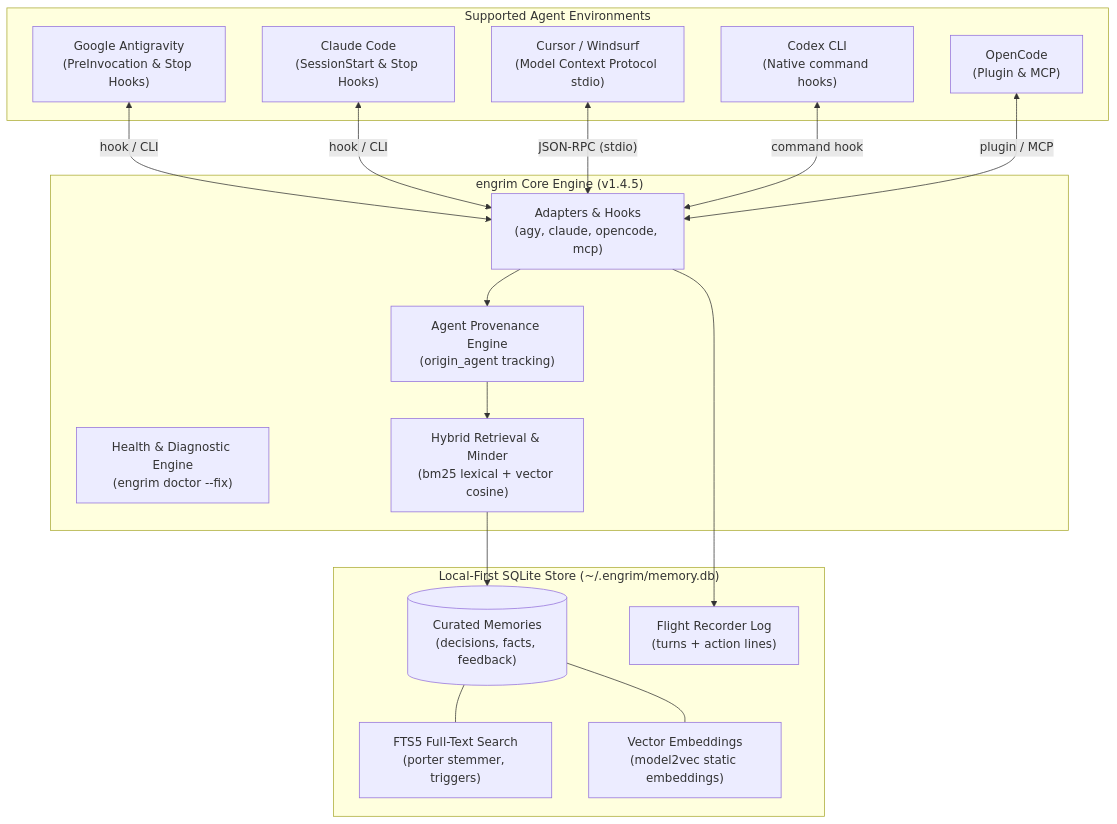
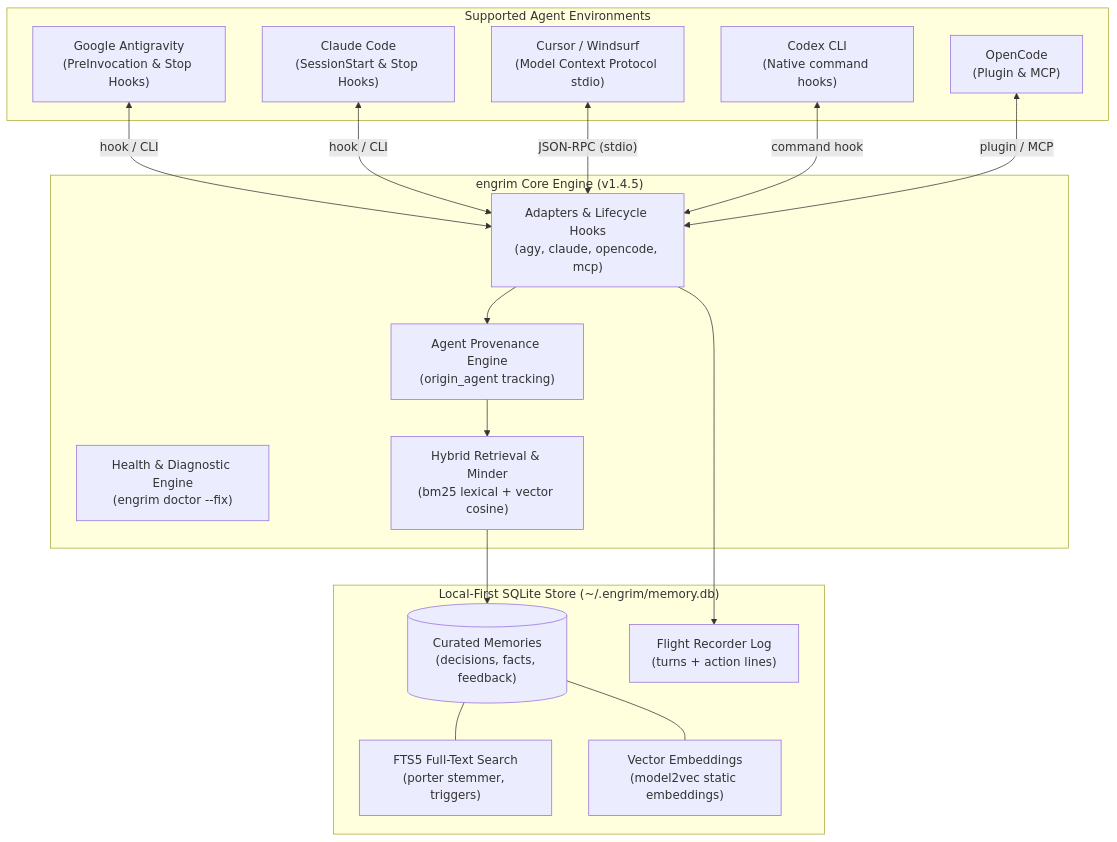
One commit to HinchK/engrim changed the diagram in README.md. Above: the diagram before and after it, drawn with Mermaid. The commit also changed other lines of this file, not shown here.

````diff
--- a/README.md
+++ b/README.md
@@ -42,36 +54,36 @@
 ```mermaid
 graph TD
     subgraph Agents ["Supported Agent Environments"]
         AGY["Google Antigravity<br/>(PreInvocation & Stop Hooks)"]
         CLAUDE["Claude Code<br/>(SessionStart & Stop Hooks)"]
         CURSOR["Cursor / Windsurf<br/>(Model Context Protocol stdio)"]
         CODEX["Codex CLI<br/>(Native command hooks)"]
         OPENCODE["OpenCode<br/>(Plugin & MCP)"]
     end
 
     subgraph CoreEngine ["engrim Core Engine (v1.4.5)"]
-        ADAPTERS["Adapters & Hooks<br/>(agy, claude, opencode, mcp)"]
+        ADAPTERS["Adapters & Lifecycle Hooks<br/>(agy, claude, opencode, mcp)"]
         DOCTOR["Health & Diagnostic Engine<br/>(engrim doctor --fix)"]
         PROVENANCE["Agent Provenance Engine<br/>(origin_agent tracking)"]
         ROUTER["Hybrid Retrieval & Minder<br/>(bm25 lexical + vector cosine)"]
     end
 
     subgraph Storage ["Local-First SQLite Store (~/.engrim/memory.db)"]
         MEMORIES[("Curated Memories<br/>(decisions, facts, feedback)")]
         FTS5["FTS5 Full-Text Search<br/>(porter stemmer, triggers)"]
         VEC["Vector Embeddings<br/>(model2vec static embeddings)"]
         LOG["Flight Recorder Log<br/>(turns + action lines)"]
     end
 
     AGY <-->|"hook / CLI"| ADAPTERS
     CLAUDE <-->|"hook / CLI"| ADAPTERS
     CURSOR <-->|"JSON-RPC (stdio)"| ADAPTERS
     CODEX <-->|"command hook"| ADAPTERS
     OPENCODE <-->|"plugin / MCP"| ADAPTERS
     ADAPTERS --> PROVENANCE
     PROVENANCE --> ROUTER
     ROUTER --> MEMORIES
     MEMORIES --- FTS5
     MEMORIES --- VEC
     ADAPTERS --> LOG
 ```
````
